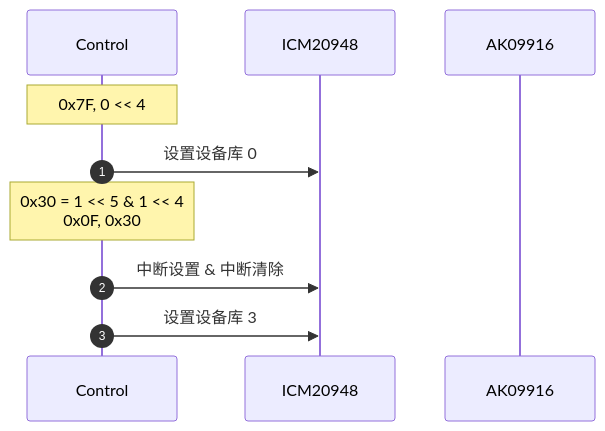
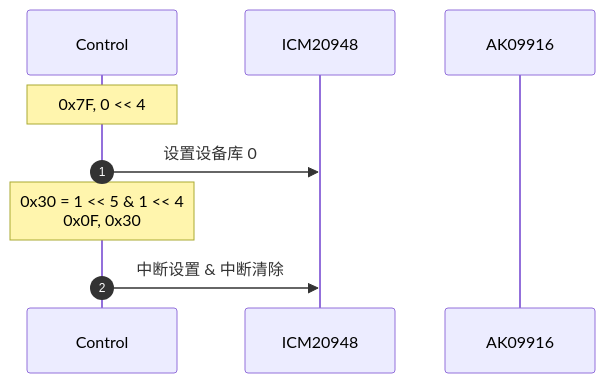
One commit to hkdickyko/hkdickyko.github.io changed the third of 4 diagrams in _posts/2025-04-06-mdchart.md. Above: the diagram before and after it, drawn with Mermaid. The commit also changed other lines of this file, not shown here.

```diff
--- a/_posts/2025-04-06-mdchart.md
+++ b/_posts/2025-04-06-mdchart.md
@@ -179,14 +179,11 @@
 <div class="mermaid">
 sequenceDiagram;
    autonumber;
    participant C as Control;
    participant I as ICM20948;
    participant A as AK09916;
    note over C: 0x7F, 0 << 4;
    C->>I: 设置设备库 0;
    note over C: 0x30 = 1 << 5 & 1 << 4<br>0x0F, 0x30;
    C->>I: 中断设置 & 中断清除;
-   C->>I: 设置设备库 3;
-
-
 </div>   
```
